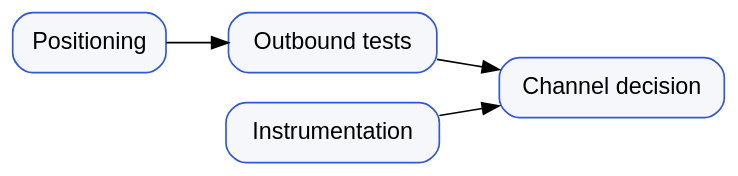
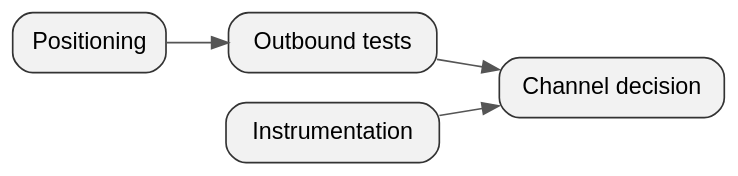
The diagram in skills/texlr-handoff/references/authoring.md (drdreo/texlr), drawn with Graphviz before and after one commit. The commit also changed other lines of this file and 5 other files, not shown here.

````diff
--- a/skills/texlr-handoff/references/authoring.md
+++ b/skills/texlr-handoff/references/authoring.md
@@ -93,10 +93,11 @@
 ```dot
 digraph Dependencies {
   graph [rankdir=LR, bgcolor="transparent"];
-  node [shape=box, style="rounded,filled", fillcolor="#F5F7FB",
-        color="#3157D5", fontname="Helvetica"];
+  node [shape=box, style="rounded,filled", fillcolor="#F2F2F2",
+        color="#333333", fontcolor="#000000", fontname="Helvetica"];
+  edge [color="#555555", fontcolor="#333333"];
   "Positioning" -> "Outbound tests";
   "Instrumentation" -> "Channel decision";
   "Outbound tests" -> "Channel decision";
 }
 ```
````
